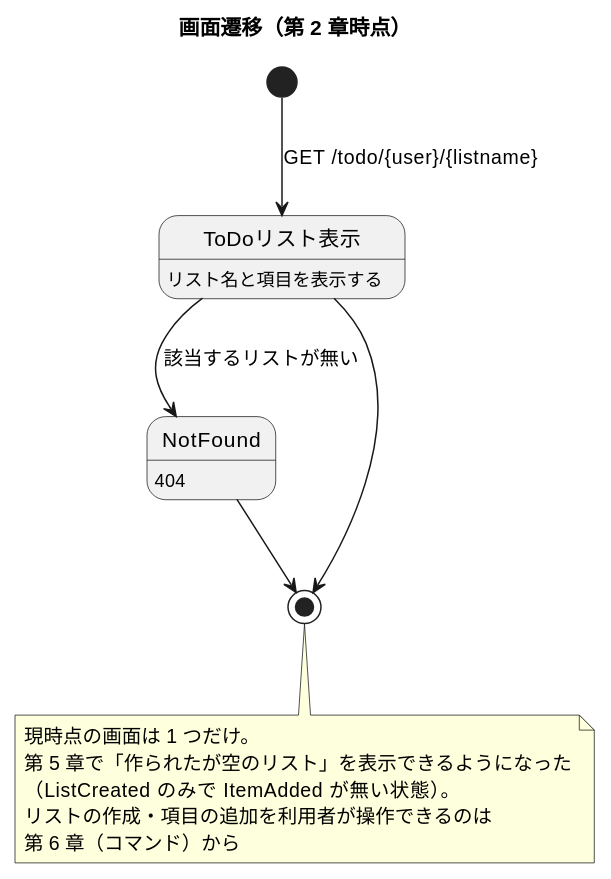
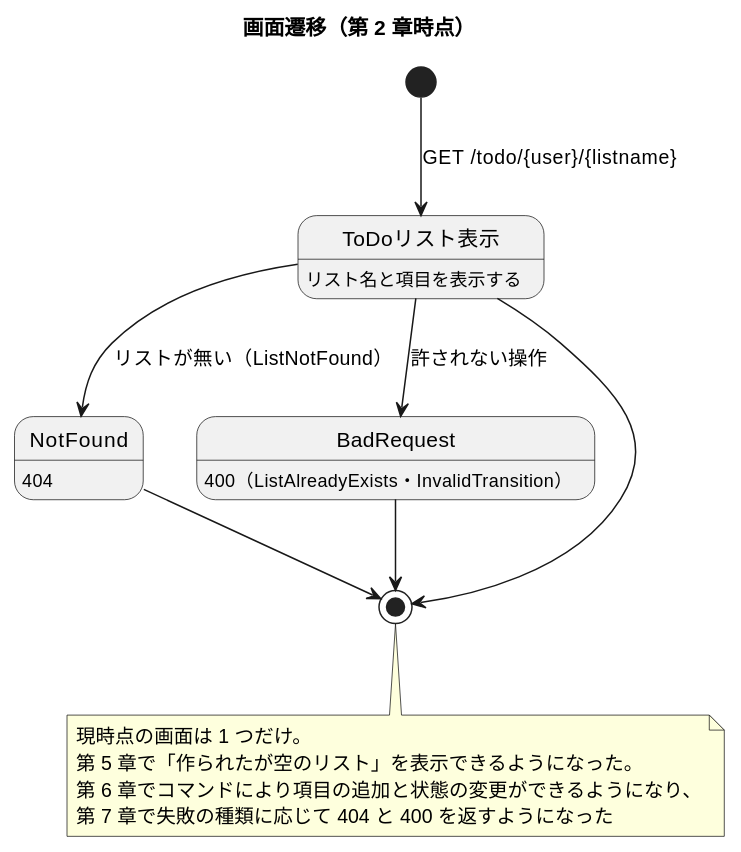
The fourth of 4 diagrams in docs/design/ui_design.md (k2works/from-objects-to-functions-excersice), drawn with PlantUML before and after one commit. The commit also changed other lines of this file and 18 other files, not shown here.

````diff
--- a/docs/design/ui_design.md
+++ b/docs/design/ui_design.md
@@ -73,22 +88,25 @@
 ```plantuml
 @startuml
 title 画面遷移（第 2 章時点）
 
 [*] --> ToDoリスト表示 : GET /todo/{user}/{listname}
 
 state ToDoリスト表示 : リスト名と項目を表示する
 state NotFound : 404
 
-ToDoリスト表示 --> NotFound : 該当するリストが無い
+state BadRequest : 400（ListAlreadyExists・InvalidTransition）
+
+ToDoリスト表示 --> NotFound : リストが無い（ListNotFound）
+ToDoリスト表示 --> BadRequest : 許されない操作
 NotFound --> [*]
+BadRequest --> [*]
 ToDoリスト表示 --> [*]
 
 note bottom
   現時点の画面は 1 つだけ。
-  第 5 章で「作られたが空のリスト」を表示できるようになった
-  （ListCreated のみで ItemAdded が無い状態）。
-  リストの作成・項目の追加を利用者が操作できるのは
-  第 6 章（コマンド）から
+  第 5 章で「作られたが空のリスト」を表示できるようになった。
+  第 6 章でコマンドにより項目の追加と状態の変更ができるようになり、
+  第 7 章で失敗の種類に応じて 404 と 400 を返すようになった
 end note
 @enduml
 ```
````
